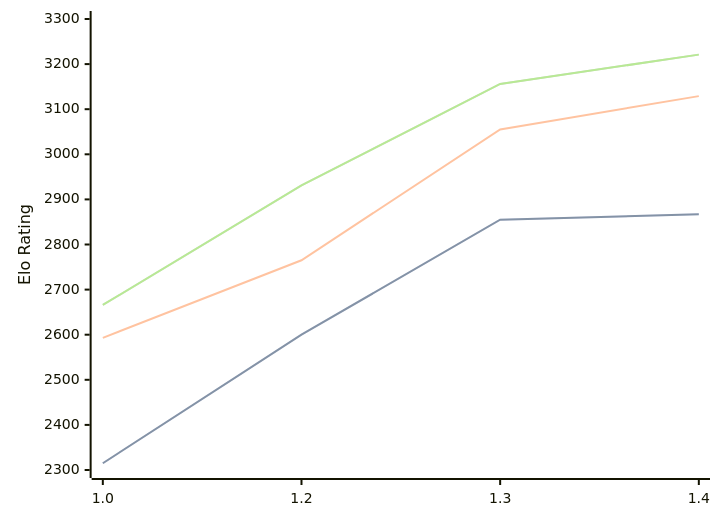
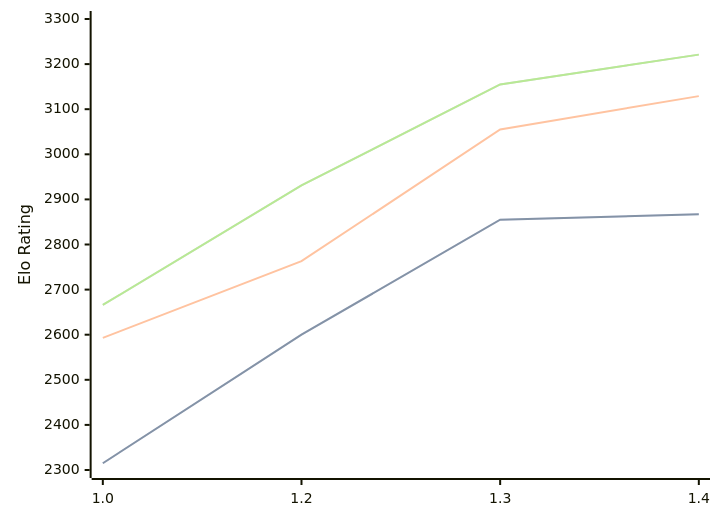
The diagram in engines/Chessnix.md (computer-chess-index/cci), drawn with Mermaid before and after one commit. The commit also changed other lines of this file, not shown here.

Commit message:
Update CCI Ratings (ELO VLTC) - 2026-08-02

````diff
--- a/engines/Chessnix.md
+++ b/engines/Chessnix.md
@@ -36,11 +36,11 @@
 ```mermaid
 %%{init: {"theme":"base","themeVariables":{"seriesColors:['#a3a3a3','#222221','#faa371']}}}%%
 xychart-beta
   x-axis ["1.0", "1.2", "1.3", "1.4"]
   y-axis "Elo Rating" 2300 --> 3300
   line "STC (8.0+0.08s)" [2315, 2600, 2855, 2867]
   line "STC (8.0+0.08s)" [2315, 2600, 2855, 2867]
-  line "LTC (60.0+0.60s)" [2593, 2765, 3055, 3129]
-  line "VLTC (2m24s+1.12s)" [2666, 2931, 3156, 3221]
-  line "VLTC (2m24s+1.12s)" [2666, 2931, 3156, 3221]
+  line "LTC (60.0+0.60s)" [2593, 2763, 3055, 3129]
+  line "VLTC (2m24s+1.12s)" [2666, 2931, 3155, 3221]
+  line "VLTC (2m24s+1.12s)" [2666, 2931, 3155, 3221]
 ```
````
